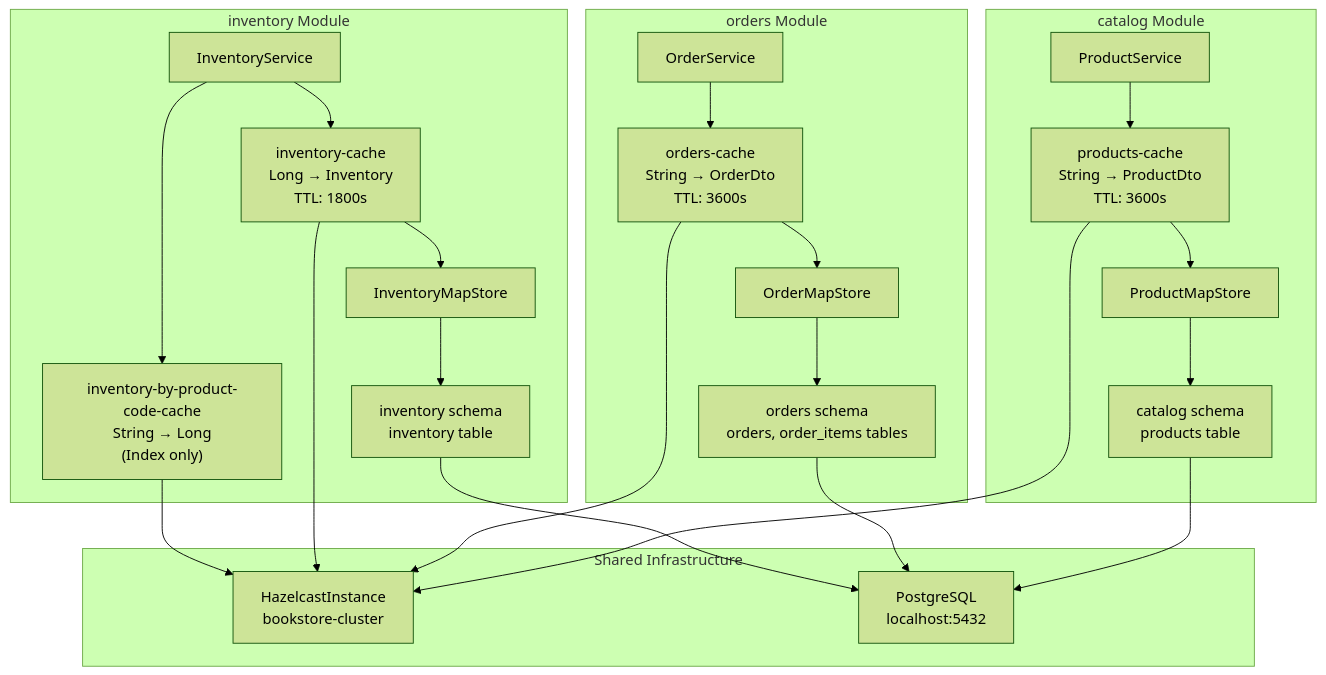
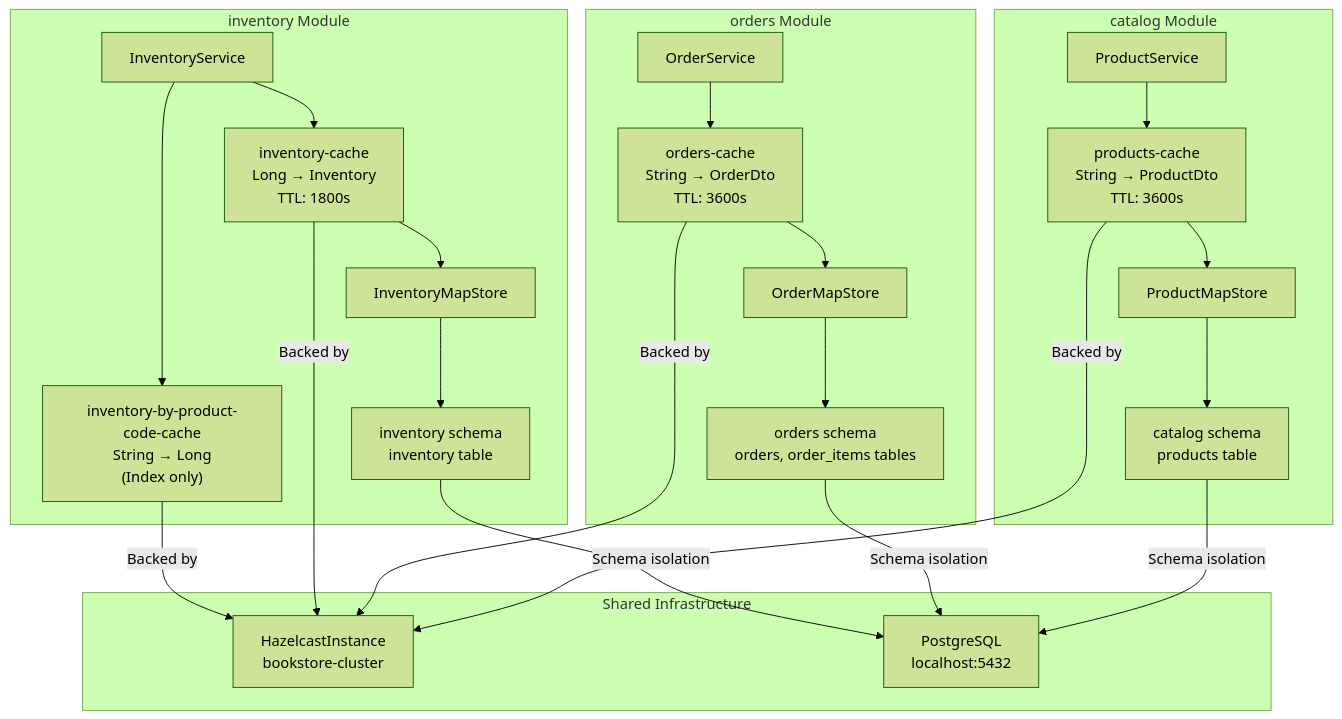
Before and after one commit to philipz/spring-modular-monolith: the tenth of 12 diagrams in docs/deepwiki/Module-Structure-and-Boundaries.md, drawn with Mermaid (forest theme). The commit also changed other lines of this file and 55 other files, not shown here.

````diff
--- a/docs/deepwiki/Module-Structure-and-Boundaries.md
+++ b/docs/deepwiki/Module-Structure-and-Boundaries.md
@@ -738,64 +738,64 @@
 ```mermaid
 flowchart TD
 
 CatalogService["ProductService"]
 CatalogCache["products-cache<br>String → ProductDto<br>TTL: 3600s"]
 CatalogMapStore["ProductMapStore"]
 CatalogSchema["catalog schema<br>products table"]
 OrderService["OrderService"]
 OrderCache["orders-cache<br>String → OrderDto<br>TTL: 3600s"]
 OrderMapStore["OrderMapStore"]
 OrdersSchema["orders schema<br>orders, order_items tables"]
 InventoryService["InventoryService"]
 InventoryCache["inventory-cache<br>Long → Inventory<br>TTL: 1800s"]
 InventoryIndexCache["inventory-by-product-code-cache<br>String → Long<br>(Index only)"]
 InventoryMapStore["InventoryMapStore"]
 InventorySchema["inventory schema<br>inventory table"]
 HazelcastInstance["HazelcastInstance<br>bookstore-cluster"]
 PostgreSQL["PostgreSQL<br>localhost:5432"]
 
-CatalogCache --> HazelcastInstance
-OrderCache --> HazelcastInstance
-InventoryCache --> HazelcastInstance
-InventoryIndexCache --> HazelcastInstance
-CatalogSchema --> PostgreSQL
-OrdersSchema --> PostgreSQL
-InventorySchema --> PostgreSQL
+CatalogCache -->|"Backed by"| HazelcastInstance
+OrderCache -->|"Backed by"| HazelcastInstance
+InventoryCache -->|"Backed by"| HazelcastInstance
+InventoryIndexCache -->|"Backed by"| HazelcastInstance
+CatalogSchema -->|"Schema isolation"| PostgreSQL
+OrdersSchema -->|"Schema isolation"| PostgreSQL
+InventorySchema -->|"Schema isolation"| PostgreSQL
 
 subgraph subGraph3 ["Shared Infrastructure"]
     HazelcastInstance
     PostgreSQL
 end
 
 subgraph subGraph2 ["inventory Module"]
     InventoryService
     InventoryCache
     InventoryIndexCache
     InventoryMapStore
     InventorySchema
     InventoryService --> InventoryCache
     InventoryService --> InventoryIndexCache
     InventoryCache --> InventoryMapStore
     InventoryMapStore --> InventorySchema
 end
 
 subgraph subGraph1 ["orders Module"]
     OrderService
     OrderCache
     OrderMapStore
     OrdersSchema
     OrderService --> OrderCache
     OrderCache --> OrderMapStore
     OrderMapStore --> OrdersSchema
 end
 
 subgraph subGraph0 ["catalog Module"]
     CatalogService
     CatalogCache
     CatalogMapStore
     CatalogSchema
     CatalogService --> CatalogCache
     CatalogCache --> CatalogMapStore
     CatalogMapStore --> CatalogSchema
 end
 ```
````
